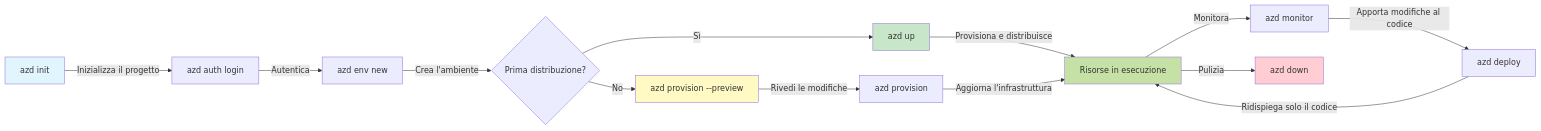
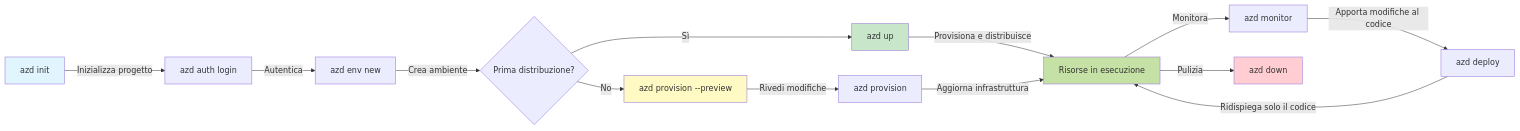
One commit to microsoft/AZD-for-beginners changed the first of 2 diagrams in translations/it/docs/chapter-01-foundation/azd-basics.md. Above: the diagram before and after it, drawn with Mermaid. The commit also changed other lines of this file and 101 other files, not shown here.

````diff
--- a/translations/it/docs/chapter-01-foundation/azd-basics.md
+++ b/translations/it/docs/chapter-01-foundation/azd-basics.md
@@ -254,21 +269,21 @@
 ```mermaid
 graph LR
-    A[azd init] -->|Inizializza il progetto| B[azd auth login]
+    A[azd init] -->|Inizializza progetto| B[azd auth login]
     B -->|Autentica| C[azd env new]
-    C -->|Crea l'ambiente| D{Prima distribuzione?}
+    C -->|Crea ambiente| D{Prima distribuzione?}
     D -->|Sì| E[azd up]
     D -->|No| F[azd provision --preview]
-    F -->|Rivedi le modifiche| G[azd provision]
+    F -->|Rivedi modifiche| G[azd provision]
     E -->|Provisiona e distribuisce| H[Risorse in esecuzione]
-    G -->|Aggiorna l'infrastruttura| H
+    G -->|Aggiorna infrastruttura| H
     H -->|Monitora| I[azd monitor]
     I -->|Apporta modifiche al codice| J[azd deploy]
     J -->|Ridispiega solo il codice| H
     H -->|Pulizia| K[azd down]
     
     style A fill:#e1f5fe
     style E fill:#c8e6c9
     style F fill:#fff9c4
     style H fill:#c5e1a5
     style K fill:#ffcdd2
 ```
````
